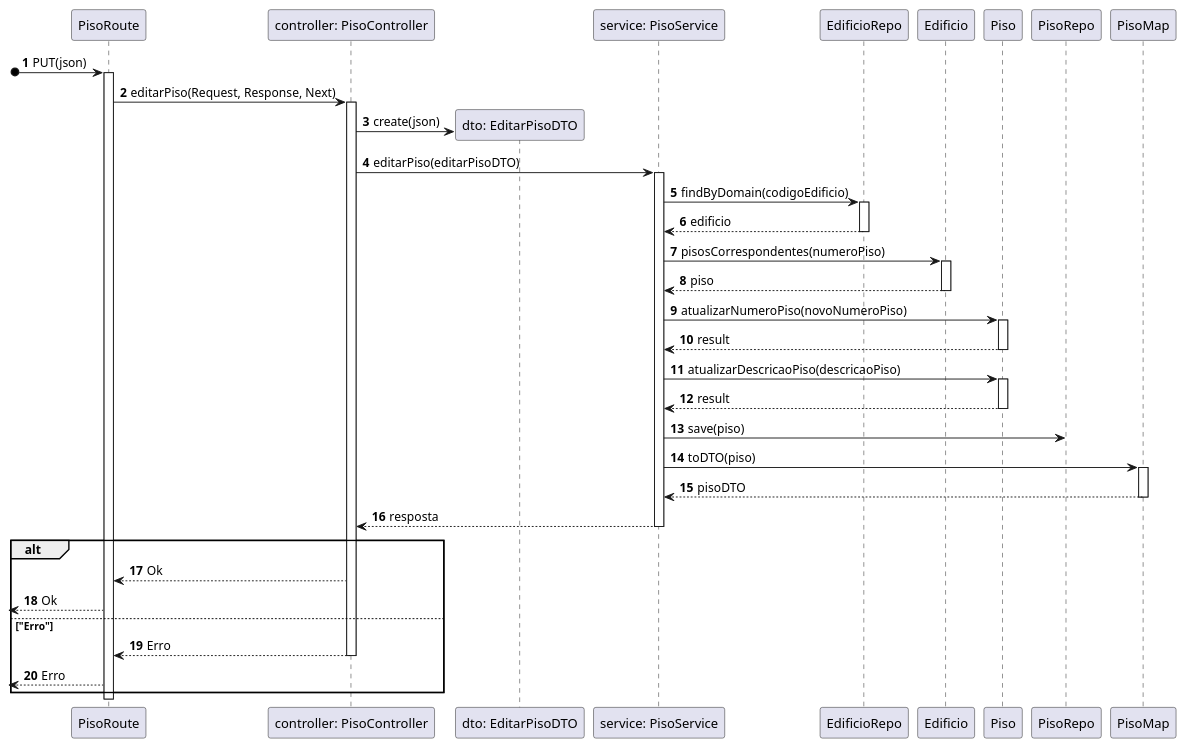
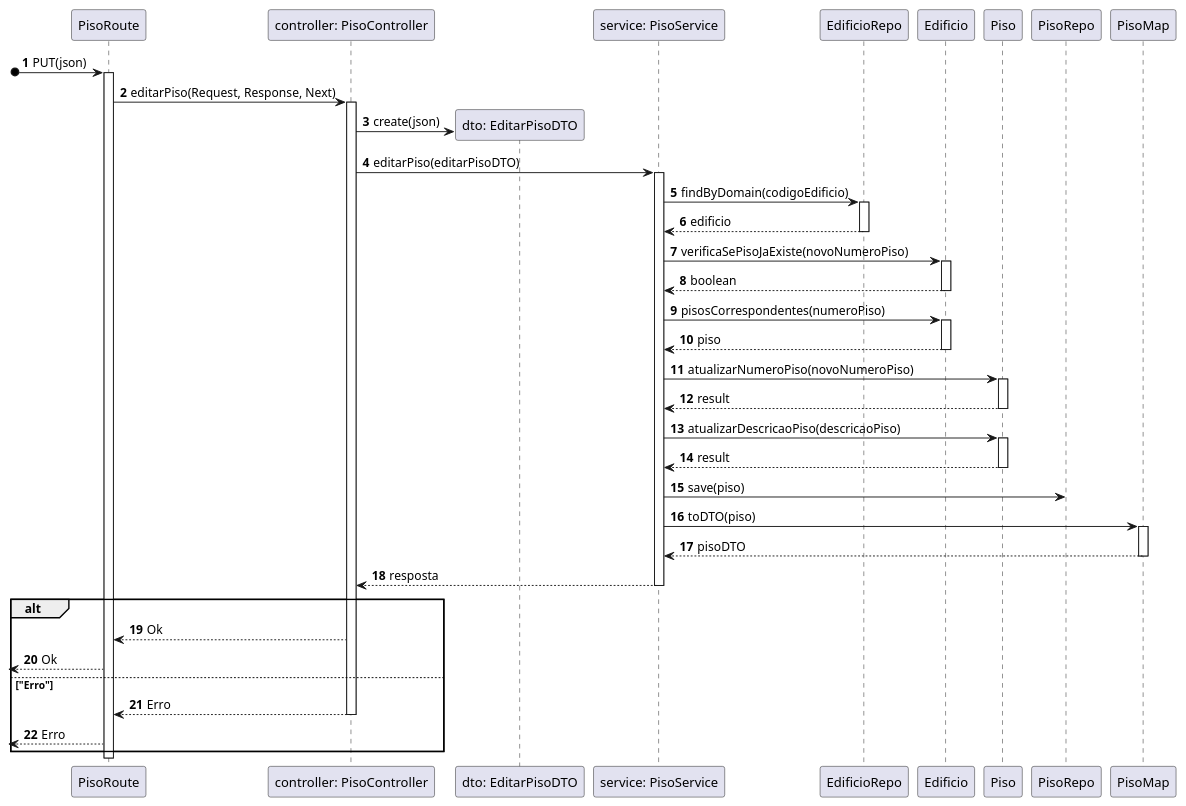
The diagram in docs/Sprint_A/US_200/N3/US200_VP.puml (SEM5PI2324G58/sem5pi_g58_23_24), drawn with PlantUML before and after one commit. The commit also changed 1 other file, not shown here.

```diff
--- a/docs/Sprint_A/US_200/N3/US200_VP.puml
+++ b/docs/Sprint_A/US_200/N3/US200_VP.puml
@@ -1,46 +1,49 @@
 autonumber
 
 participant PisoRoute as route
 participant "controller: PisoController" as ctrl
 participant "dto: EditarPisoDTO" as dto
 participant "service: PisoService" as service
 participant "EdificioRepo" as edRepo
 participant "Edificio" as edificio
 participant "Piso" as piso
 participant "PisoRepo" as pisoRepo
 participant "PisoMap" as pisoMap
 
 
 [o-> route: PUT(json)
 activate route
 route -> ctrl: editarPiso(Request, Response, Next)
 activate ctrl
 ctrl -> dto ** : create(json)
 ctrl -> service: editarPiso(editarPisoDTO) 
 activate service
 service -> edRepo: findByDomain(codigoEdificio)
 activate edRepo
 return edificio
+service -> edificio : verificaSePisoJaExiste(novoNumeroPiso)
+activate edificio
+return boolean
 service -> edificio : pisosCorrespondentes(numeroPiso)
 activate edificio
 return piso
 service -> piso : atualizarNumeroPiso(novoNumeroPiso)
 activate piso
 return result
 service -> piso : atualizarDescricaoPiso(descricaoPiso)
 activate piso
 return result
 service -> pisoRepo: save(piso)
 service -> pisoMap: toDTO(piso)
 activate pisoMap
 return pisoDTO
 return resposta
 alt
 route <-- ctrl: Ok
 <-- route: Ok
 else "Erro"
 route <-- ctrl: Erro
 deactivate ctrl
 <-- route: Erro
 end alt
 deactivate route
```
